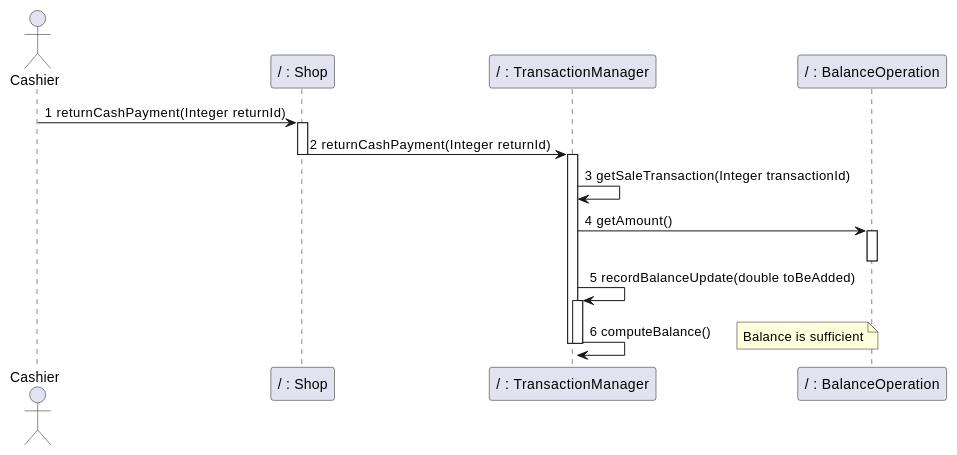
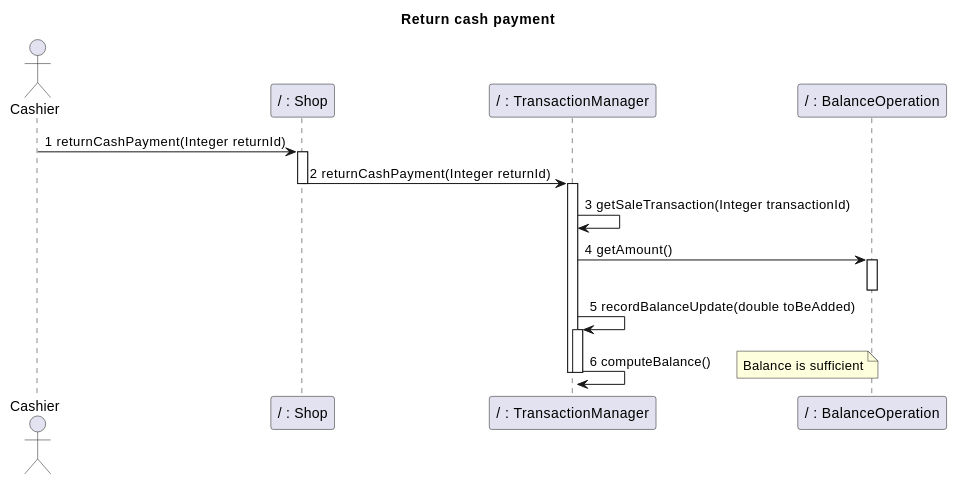
Before and after one commit to nicolabattaglino/ezshop: diagram 32 of 32 in Deliverables/DesignDocument.md, drawn with PlantUML. The commit also changed other lines of this file, not shown here.

````diff
--- a/Deliverables/DesignDocument.md
+++ b/Deliverables/DesignDocument.md
@@ -1489,25 +1535,29 @@
 ```plantuml
 @startuml
+
+title
+Return  cash payment
+end title
 
 
 actor Cashier
 participant "/ : Shop" as Shop
 participant "/ : TransactionManager" as TransactionManager
 participant "/ : BalanceOperation" as BalanceOperation
 Cashier -> Shop :1 returnCashPayment(Integer returnId)
 activate Shop
 Shop -> TransactionManager:2 returnCashPayment(Integer returnId)
 deactivate Shop
 activate TransactionManager
 TransactionManager-> TransactionManager:3 getSaleTransaction(Integer transactionId)
 TransactionManager-> BalanceOperation:4 getAmount()
 activate BalanceOperation
 deactivate BalanceOperation
 TransactionManager -> TransactionManager:5 recordBalanceUpdate(double toBeAdded)
 activate TransactionManager
 TransactionManager -> TransactionManager:6 computeBalance()
 deactivate TransactionManager
 note right: Balance is sufficient
 deactivate TransactionManager
 @enduml
 ```
````
